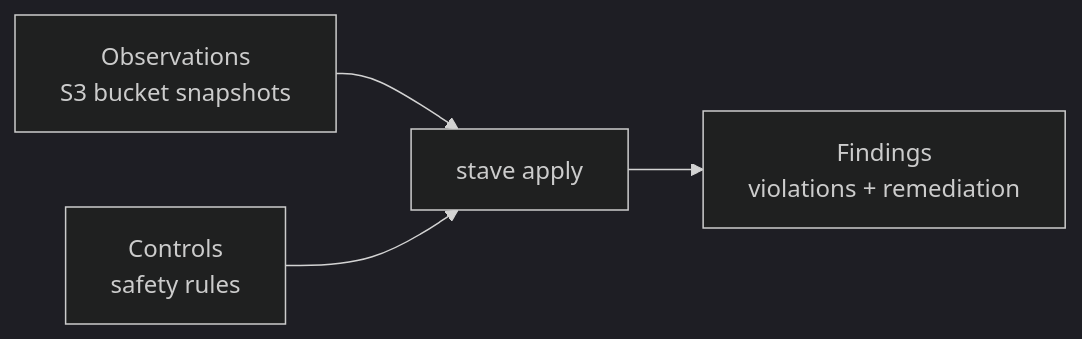
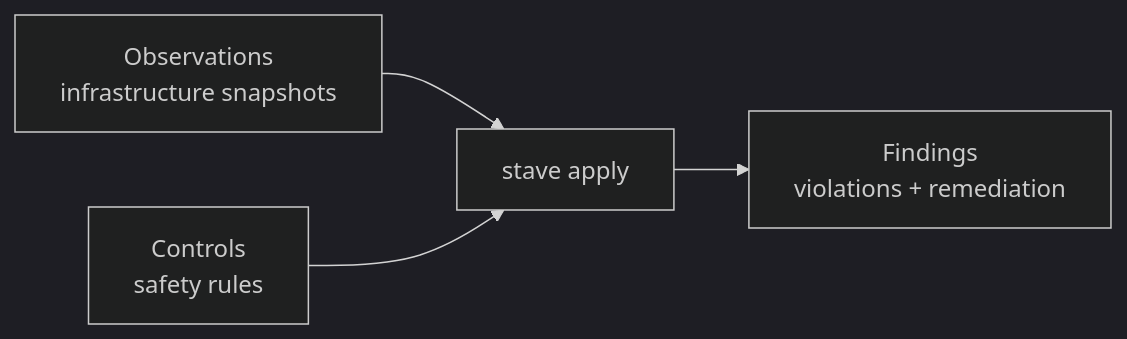
The diagram in DEMO.md (sufield/stave), drawn with Mermaid (dark theme) before and after one commit. The commit also changed other lines of this file, not shown here.

````diff
--- a/DEMO.md
+++ b/DEMO.md
@@ -165,6 +187,6 @@
 ```mermaid
 graph LR
-    A[Observations<br/>S3 bucket snapshots] --> C[stave apply]
+    A[Observations<br/>infrastructure snapshots] --> C[stave apply]
     B[Controls<br/>safety rules] --> C
     C --> D[Findings<br/>violations + remediation]
 ```
````
